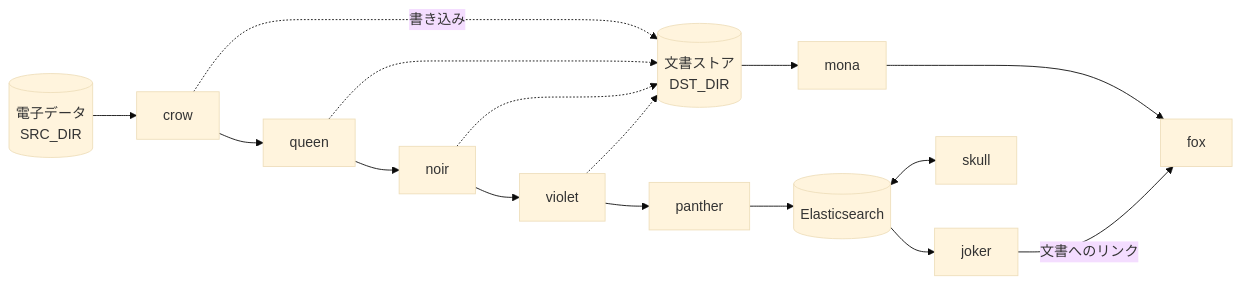
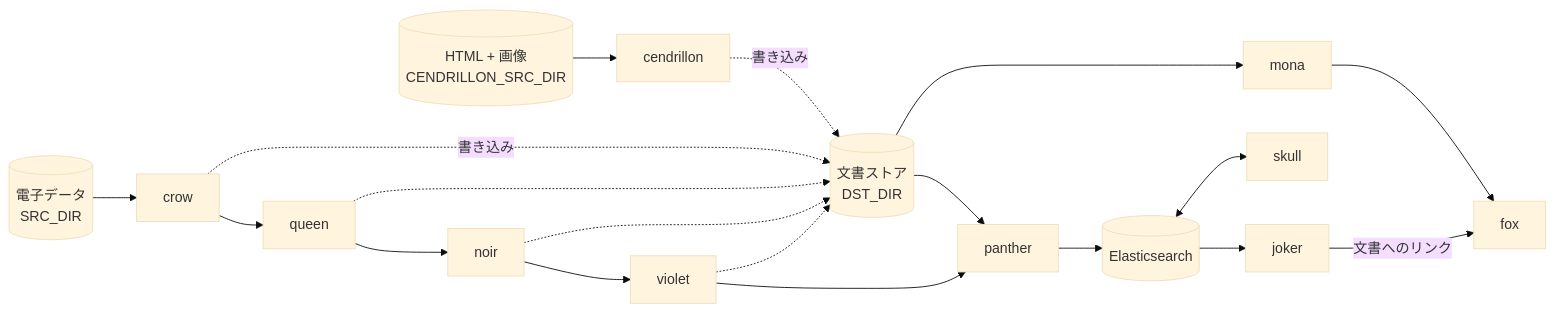
The diagram in README.md (hyperion13th144m/phantom-release), drawn with Mermaid (base theme) before and after one commit. The commit also changed other lines of this file and 10 other files, not shown here.

````diff
--- a/README.md
+++ b/README.md
@@ -24,14 +25,17 @@
 ```mermaid
 flowchart LR
     SRC[("電子データ<br/>SRC_DIR")] --> crow
+    HTMLSRC[("HTML + 画像<br/>CENDRILLON_SRC_DIR")] --> cendrillon
     crow --> queen --> noir --> violet --> panther --> ES[("Elasticsearch")]
     crow -. 書き込み .-> STORE[("文書ストア<br/>DST_DIR")]
     queen -.-> STORE
     noir -.-> STORE
     violet -.-> STORE
+    cendrillon -. 書き込み .-> STORE
+    STORE --> panther
     STORE --> mona
     ES --> joker
     ES <--> skull
     mona --> fox
     joker -->|文書へのリンク| fox
 ```
````
